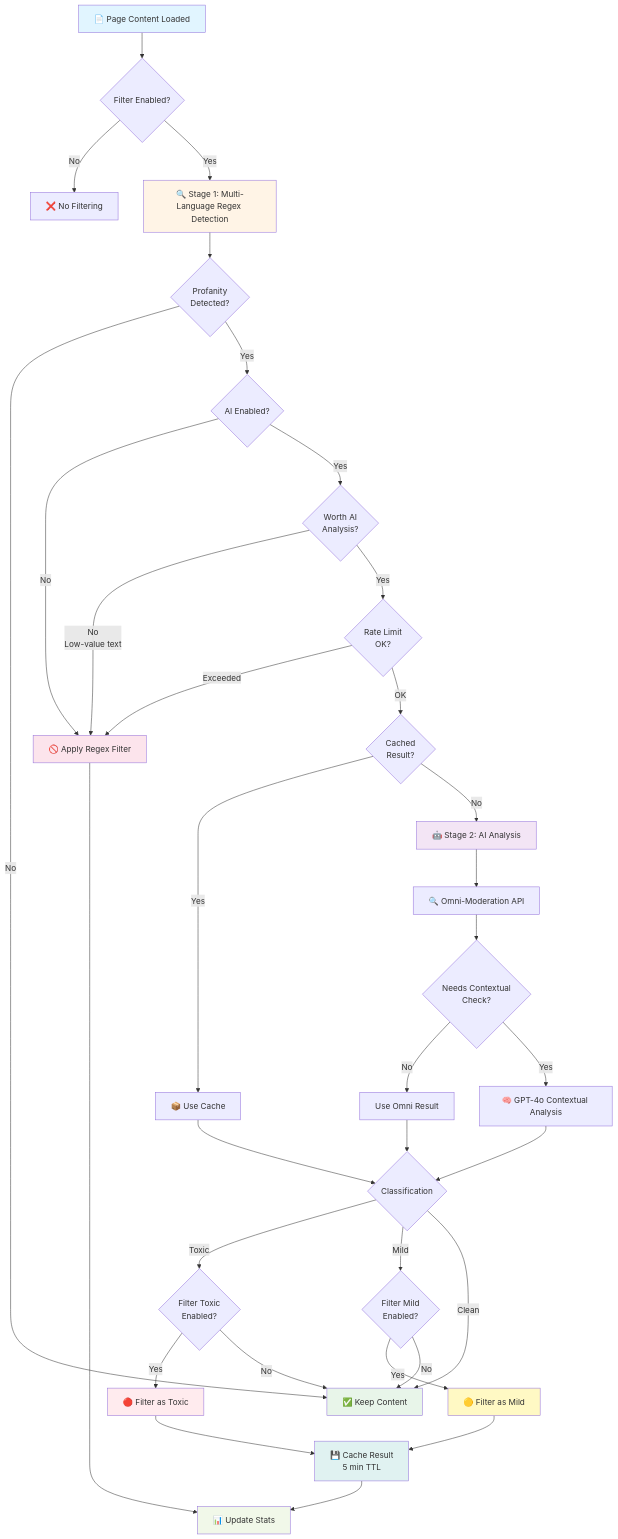
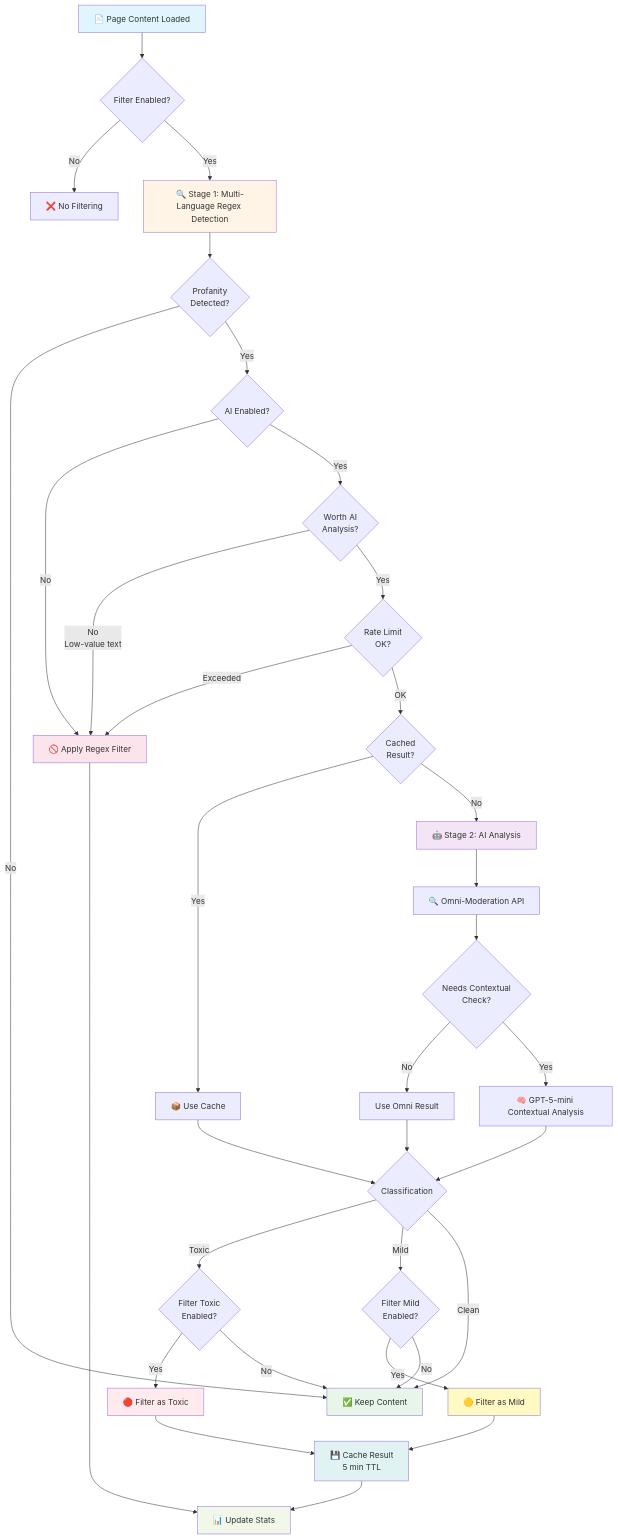
One commit to shinjitsue/JoSan changed the first of 4 diagrams in README.md. Above: the diagram before and after it, drawn with Mermaid. The commit also changed other lines of this file, not shown here.

Commit message:
docs: update README with AI architecture diagrams

````diff
--- a/README.md
+++ b/README.md
@@ -327,56 +327,56 @@
 ```mermaid
 flowchart TD
     A[📄 Page Content Loaded] --> B{Filter Enabled?}
     B -->|No| Z[❌ No Filtering]
     B -->|Yes| C[🔍 Stage 1: Multi-Language Regex Detection]
 
     C --> D{Profanity<br/>Detected?}
     D -->|No| E[✅ Keep Content]
     D -->|Yes| F{AI Enabled?}
 
     F -->|No| G[🚫 Apply Regex Filter]
     F -->|Yes| H{Worth AI<br/>Analysis?}
 
     H -->|No<br/>Low-value text| G
     H -->|Yes| I{Rate Limit<br/>OK?}
 
     I -->|Exceeded| G
     I -->|OK| J{Cached<br/>Result?}
 
     J -->|Yes| K[📦 Use Cache]
     J -->|No| L[🤖 Stage 2: AI Analysis]
 
     L --> M[🔍 Omni-Moderation API]
     M --> N{Needs Contextual<br/>Check?}
 
     N -->|No| O[Use Omni Result]
-    N -->|Yes| P[🧠 GPT-4o Contextual Analysis]
+    N -->|Yes| P[🧠 GPT-5-mini Contextual Analysis]
 
     P --> Q{Classification}
     O --> Q
     K --> Q
 
     Q -->|Toxic| R{Filter Toxic<br/>Enabled?}
     Q -->|Mild| S{Filter Mild<br/>Enabled?}
     Q -->|Clean| E
 
     R -->|Yes| T[🔴 Filter as Toxic]
     R -->|No| E
     S -->|Yes| U[🟡 Filter as Mild]
     S -->|No| E
 
     T --> V[💾 Cache Result<br/>5 min TTL]
     U --> V
     G --> W[📊 Update Stats]
     V --> W
 
     style A fill:#e1f5ff
     style C fill:#fff4e6
     style L fill:#f3e5f5
     style E fill:#e8f5e9
     style T fill:#ffebee
     style U fill:#fff9c4
     style G fill:#fce4ec
     style V fill:#e0f2f1
     style W fill:#f1f8e9
 ```
````
